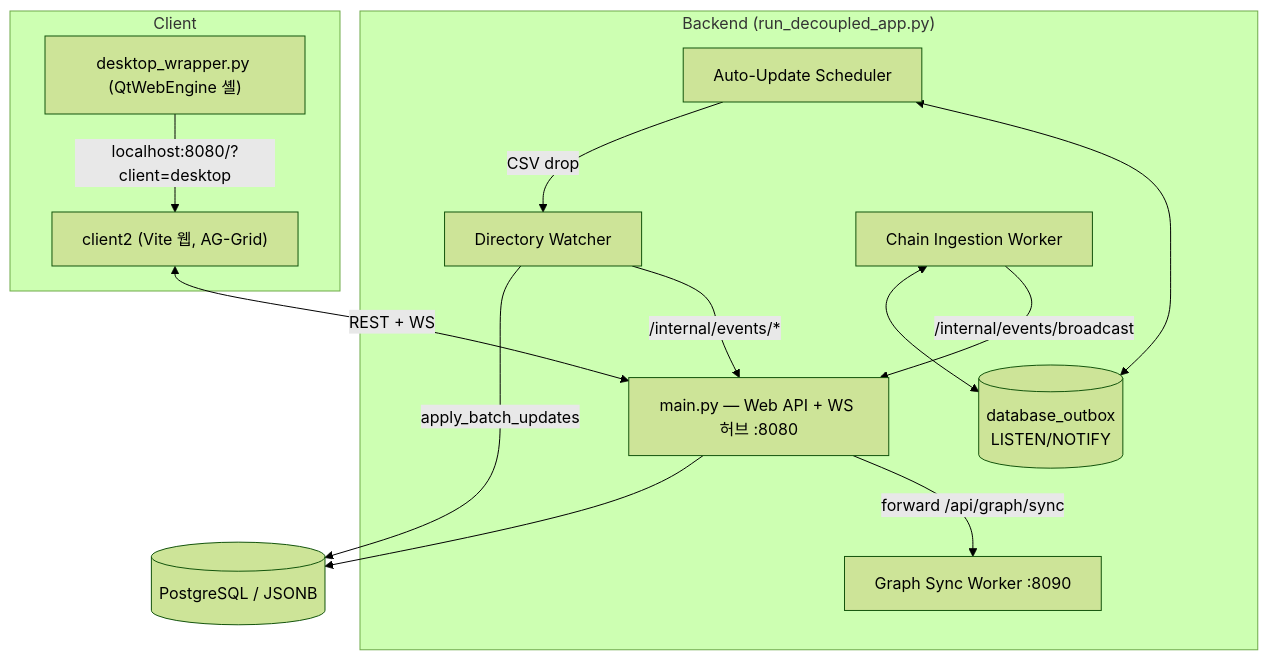
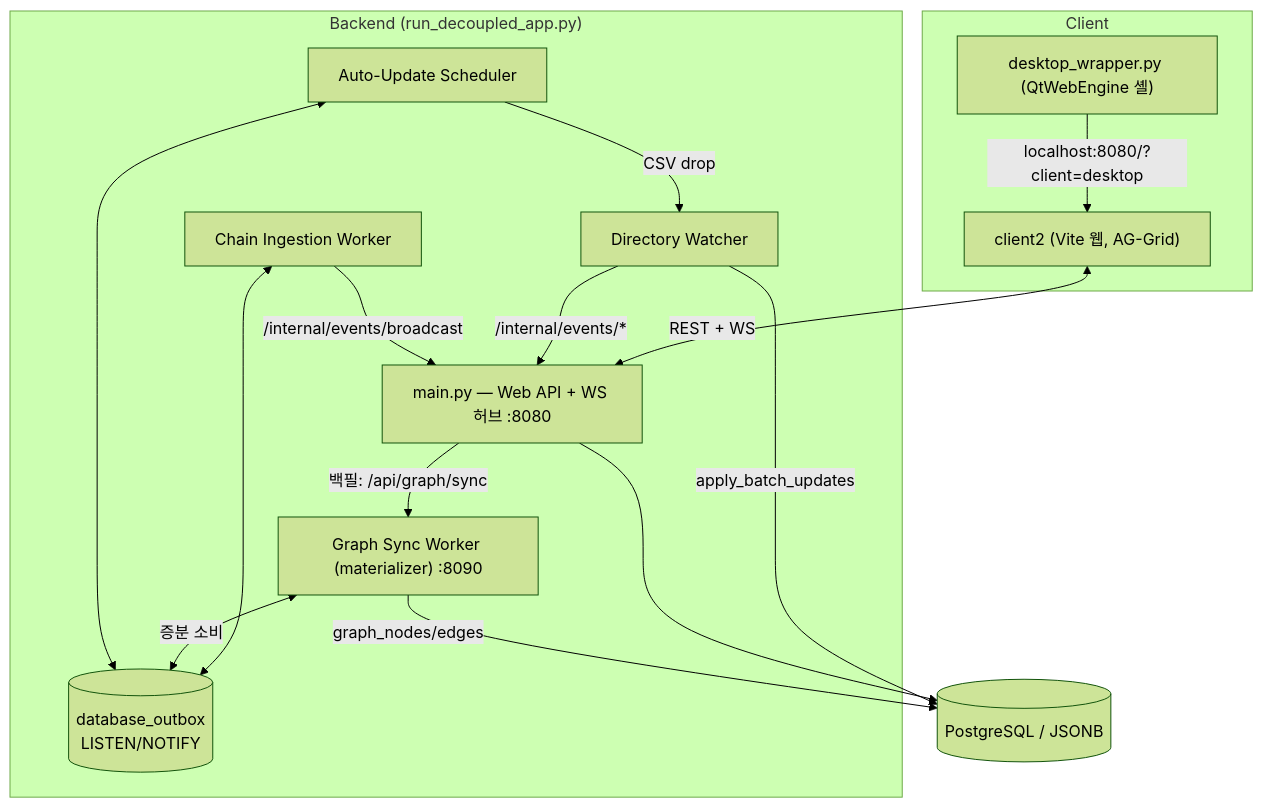
Before and after one commit to tiger4432/tableManager: the diagram in docs/overview/SYSTEM_OVERVIEW.md, drawn with Mermaid (forest theme). The commit also changed other lines of this file and 14 other files, not shown here.

First line of the commit message:
docs: architecture grand sync — SSOT and living docs catch up with today

````diff
--- a/docs/overview/SYSTEM_OVERVIEW.md
+++ b/docs/overview/SYSTEM_OVERVIEW.md
@@ -41,27 +41,29 @@
 ```mermaid
 graph TD
     subgraph Client
         WEB["client2 (Vite 웹, AG-Grid)"]
         SHELL["desktop_wrapper.py (QtWebEngine 셸)"]
         SHELL -->|localhost:8080/?client=desktop| WEB
     end
 
     subgraph "Backend (run_decoupled_app.py)"
         API["main.py — Web API + WS 허브 :8080"]
         WATCH["Directory Watcher"]
         SCHED["Auto-Update Scheduler"]
         CHAIN["Chain Ingestion Worker"]
-        GRAPH["Graph Sync Worker :8090"]
+        GRAPH["Graph Sync Worker (materializer) :8090"]
         OUTBOX[("database_outbox\nLISTEN/NOTIFY")]
     end
 
     WEB <-->|REST + WS| API
     SCHED -->|CSV drop| WATCH
     WATCH -->|apply_batch_updates| DB[("PostgreSQL / JSONB")]
     API --> DB
     CHAIN <--> OUTBOX
+    GRAPH <-->|증분 소비| OUTBOX
+    GRAPH -->|graph_nodes/edges| DB
     SCHED <--> OUTBOX
     WATCH -->|/internal/events/*| API
     CHAIN -->|/internal/events/broadcast| API
-    API -->|forward /api/graph/sync| GRAPH
+    API -->|"백필: /api/graph/sync"| GRAPH
 ```
````
